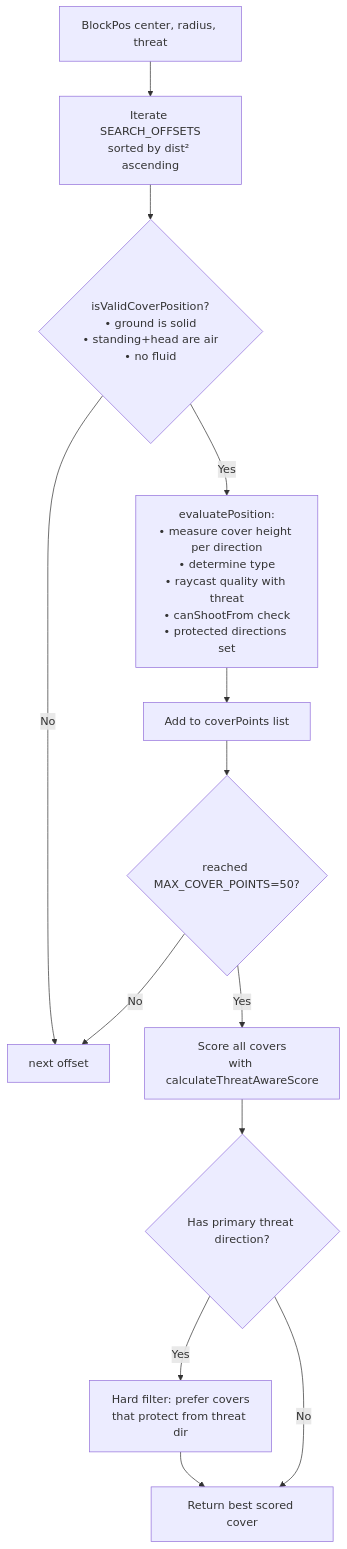
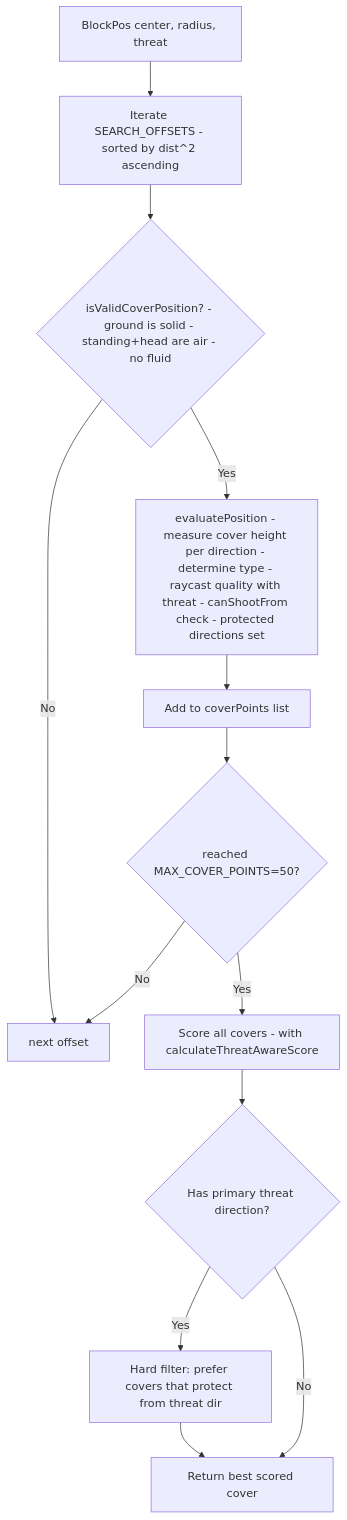
Before and after one commit to MegiTicky/steves_army: the seventh of 27 diagrams in ARCHITECTURE.md, drawn with Mermaid. The commit also changed other lines of this file, not shown here.

Commit message:
Fix ARCHITECTURE.md: replace broken unicode chars and Mermaid HTML tags with ASCII

````diff
--- a/ARCHITECTURE.md
+++ b/ARCHITECTURE.md
@@ -199,15 +199,15 @@
 ```mermaid
 flowchart TD
-    IN[BlockPos center, radius, threat] --> LOOP[Iterate SEARCH_OFFSETS<br/>sorted by dist² ascending]
-    LOOP --> CHECK{isValidCoverPosition?<br/>• ground is solid<br/>• standing+head are air<br/>• no fluid}
+    IN[BlockPos center, radius, threat] --> LOOP[Iterate SEARCH_OFFSETS - sorted by dist^2 ascending]
+    LOOP --> CHECK{isValidCoverPosition? - ground is solid - standing+head are air - no fluid}
     CHECK -->|No| NEXT[next offset]
-    CHECK -->|Yes| EVAL[evaluatePosition:<br/>• measure cover height per direction<br/>• determine type<br/>• raycast quality with threat<br/>• canShootFrom check<br/>• protected directions set]
+    CHECK -->|Yes| EVAL[evaluatePosition - measure cover height per direction - determine type - raycast quality with threat - canShootFrom check - protected directions set]
     EVAL --> ADD[Add to coverPoints list]
     ADD --> LIMIT{reached MAX_COVER_POINTS=50?}
     LIMIT -->|No| NEXT
-    LIMIT -->|Yes| SCORE[Score all covers<br/>with calculateThreatAwareScore]
+    LIMIT -->|Yes| SCORE[Score all covers - with calculateThreatAwareScore]
     SCORE --> FILTER{Has primary threat direction?}
-    FILTER -->|Yes| HARD[Hard filter: prefer covers<br/>that protect from threat dir]
+    FILTER -->|Yes| HARD[Hard filter: prefer covers that protect from threat dir]
     HARD --> BEST[Return best scored cover]
     FILTER -->|No| BEST
 ```
````
